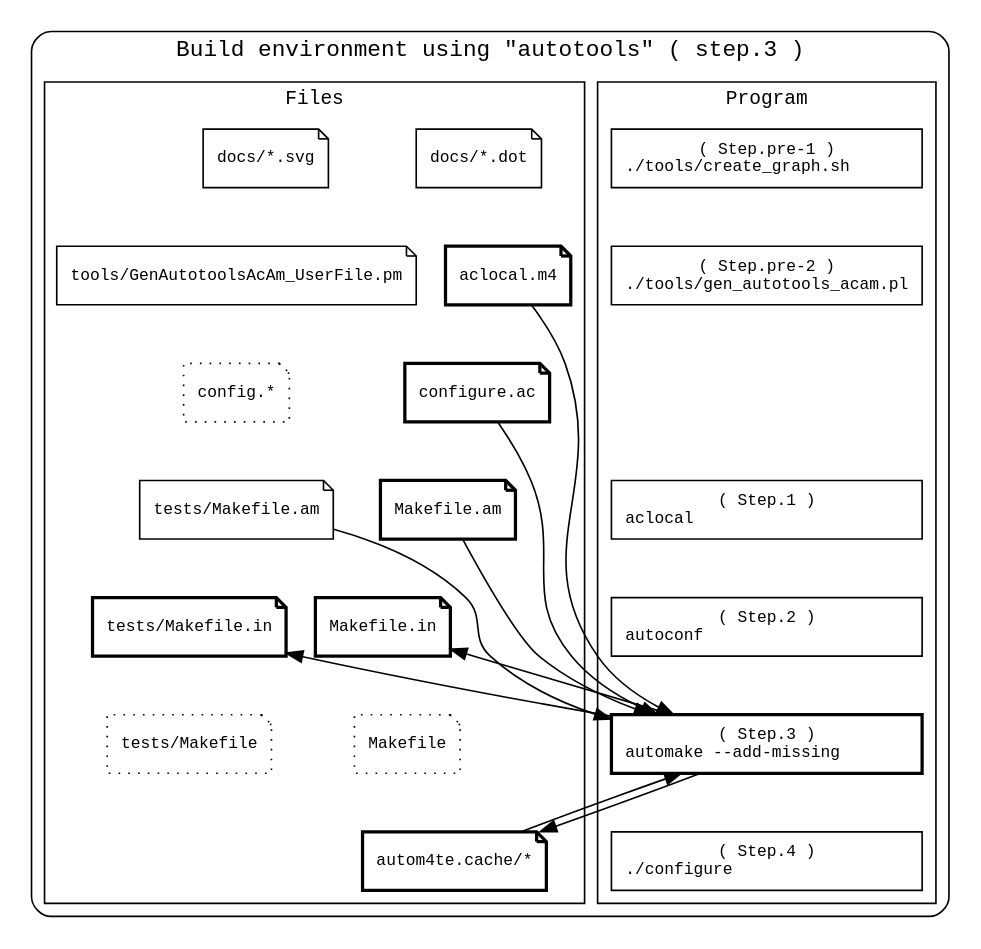
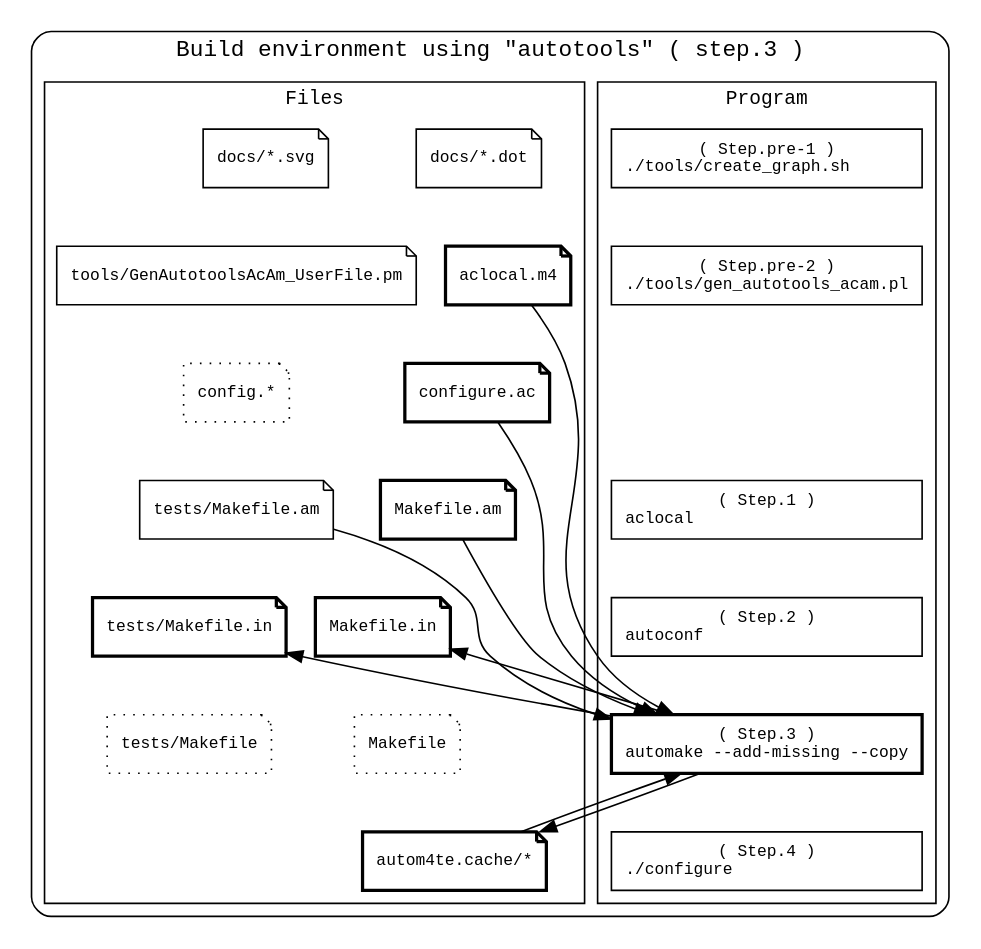
The diagram in docs/devel_step_1_3.dot (tomyama-code/tomyama_script_collection), drawn with Graphviz before and after one commit. The commit also changed 15 other files, not shown here.

```diff
--- a/docs/devel_step_1_3.dot
+++ b/docs/devel_step_1_3.dot
@@ -1,84 +1,84 @@
 // File: docs/devel_step_1_3.dot
 // Author: tomyama
 // Purpose: Development workflow diagram
 
 digraph physical_directory_structure {
     newrank=true
     constraint=false
 
     // 全体に等幅フォントを適用
     //   ex) "monospace", "Courier", "Courier New", "Consolas", "Monaco"
     graph [fontname="monospace"]
     node  [fontname="monospace", fontsize=10, penwidth=1]
     edge  [fontname="monospace"]
 
     // 図全体を囲うクラスタ
     subgraph cluster_all {
 
         label = "Build environment using \"autotools\" ( step.3 )"
         style = "rounded"   // 角を丸くする
         color = "black"     // 枠線の色
         penwidth = 1        // 枠線の太さ
 
         // プログラム
         subgraph cluster_program {
             label = "Program"
             style = "solid"
             penwidth = 1        // 枠線の太さ
             fontsize=12
             {
                 edge [style=invis];
                 program01 -> program02 -> program99 -> program03 -> program04 -> program05 -> program06
             }
             program01 [shape=box, style=solid , label="( Step.pre-1 )\n./tools/create_graph.sh      "]
             program02 [shape=box, style=solid , label="( Step.pre-2 )\n./tools/gen_autotools_acam.pl"]
             program99 [shape=box, style=invis]
             program03 [shape=box, style=solid , label="( Step.1 )\naclocal                      "]
             program04 [shape=box, style=solid , label="( Step.2 )\nautoconf                     "]
-            program05 [shape=box, style=solid , label="( Step.3 )\nautomake --add-missing       ", penwidth=2]
+            program05 [shape=box, style=solid , label="( Step.3 )\nautomake --add-missing --copy", penwidth=2]
             program06 [shape=box, style=solid , label="( Step.4 )\n./configure                  "]
         }
 
         // ファイル
         subgraph cluster_file {
             label = "Files"
             style = "solid"
             penwidth = 1        // 枠線の太さ
             fontsize=12
             {
                 edge [style=invis];
                 file01 -> file02 -> file03 -> file04 -> file05 -> file06 -> file07
                 file08 -> file09 -> file10 -> file11 -> file12 -> file13
                 file01 -> file08
             }
             file01 [shape=note, style=solid , label="docs/*.dot"]
             file02 [shape=note, style=solid , label="aclocal.m4", penwidth=2]
             file03 [shape=note, style=solid , label="configure.ac", penwidth=2]
             file04 [shape=note, style=solid , label="Makefile.am", penwidth=2]
             file05 [shape=note, style=solid , label="Makefile.in", penwidth=2]
             file06 [shape=note, style=dotted, label="Makefile"]
             file07 [shape=note, style=solid , label="autom4te.cache/*", penwidth=2]
             file08 [shape=note, style=solid , label="docs/*.svg"]
             file09 [shape=note, style=solid , label="tools/GenAutotoolsAcAm_UserFile.pm"]
             file10 [shape=note, style=dotted, label="config.*"]
             file11 [shape=note, style=solid , label="tests/Makefile.am"]
             file12 [shape=note, style=solid , label="tests/Makefile.in", penwidth=2]
             file13 [shape=note, style=dotted, label="tests/Makefile"]
         }
 
         {rank=same; program01; file01; file08}
         {rank=same; program02; file02; file09}
         {rank=same; program99; file03; file10}
         {rank=same; program03; file04; file11}
         {rank=same; program04; file05; file12}
         {rank=same; program05; file06; file13}
 
         // スクリプトとドキュメントの関係
         file02 -> program05
         file03 -> program05
         file04 -> program05 -> file05
         file11 -> program05 -> file12
         program05 -> file07
         file07 -> program05
     }
 }
```
